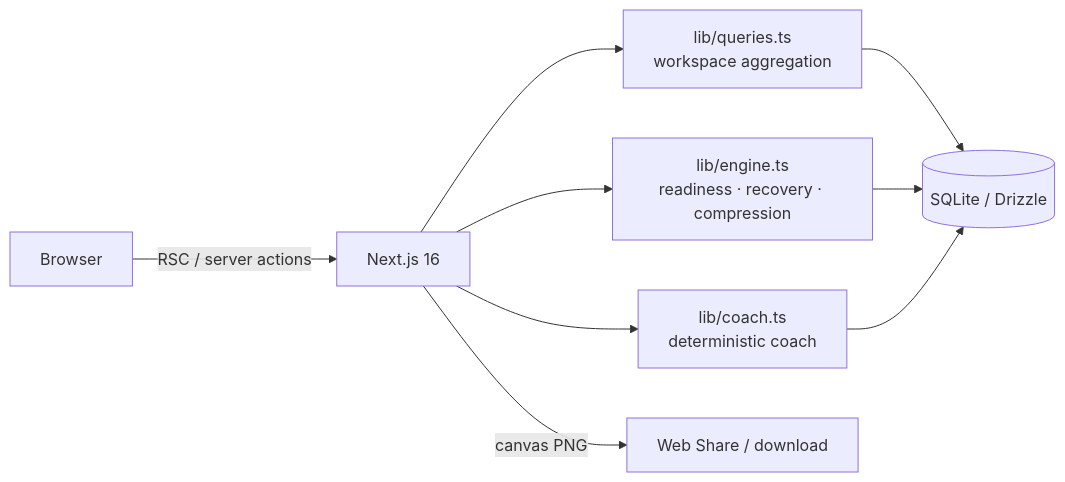
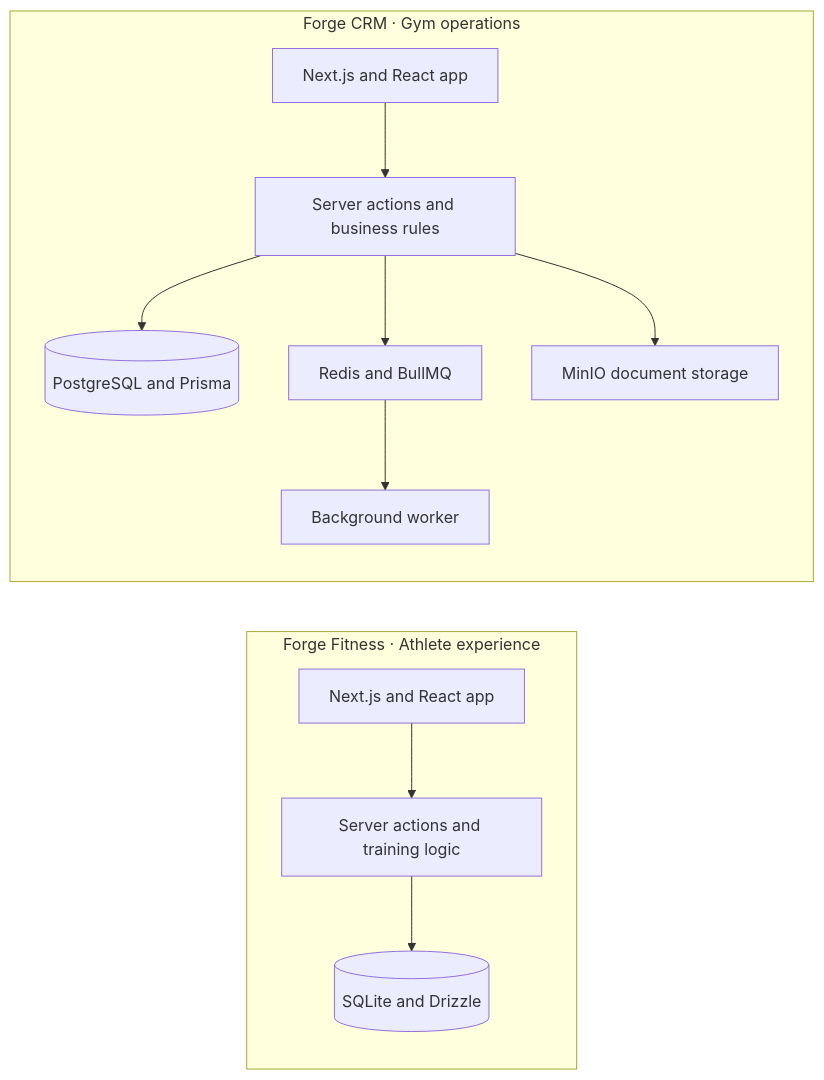
The diagram in README.md (lokesh12dev/forge-fitness-os), drawn with Mermaid before and after one commit. The commit also changed other lines of this file and 6 other files, not shown here.

````diff
--- a/README.md
+++ b/README.md
@@ -99,11 +113,15 @@
-```mermaid
+~~~mermaid
 flowchart LR
-  B[Browser] -->|RSC / server actions| N[Next.js 16]
-  N --> Q[lib/queries.ts<br/>workspace aggregation]
-  N --> E[lib/engine.ts<br/>readiness · recovery · compression]
-  N --> C[lib/coach.ts<br/>deterministic coach]
-  Q --> D[(SQLite / Drizzle)]
-  E --> D
-  C --> D
-  N -->|canvas PNG| S[Web Share / download]
-```
+  subgraph fitness["Forge Fitness · Athlete experience"]
+    F[Next.js and React app] --> FA[Server actions and training logic]
+    FA --> FD[(SQLite and Drizzle)]
+  end
+
+  subgraph crm["Forge CRM · Gym operations"]
+    C[Next.js and React app] --> CA[Server actions and business rules]
+    CA --> CD[(PostgreSQL and Prisma)]
+    CA --> Q[Redis and BullMQ]
+    Q --> W[Background worker]
+    CA --> S[MinIO document storage]
+  end
+~~~
````
